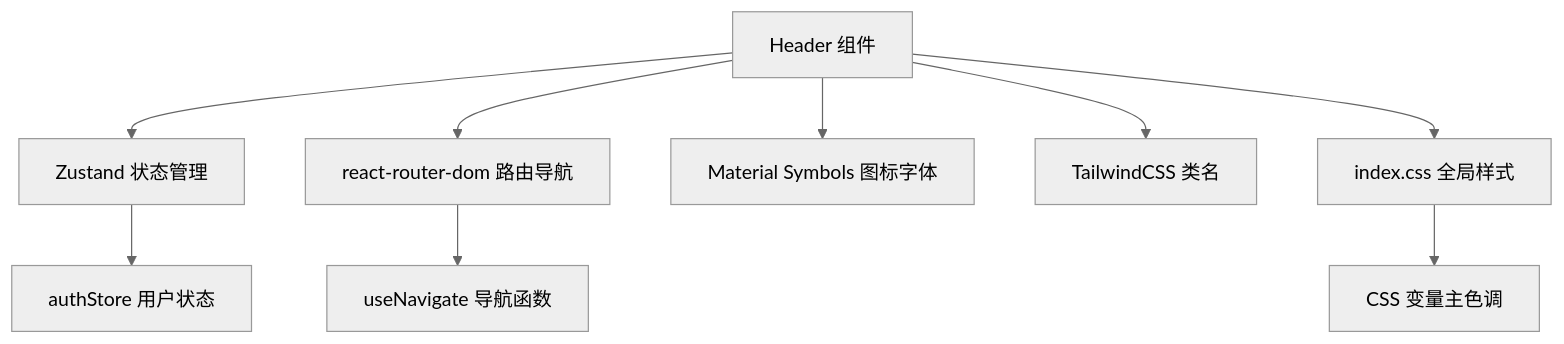
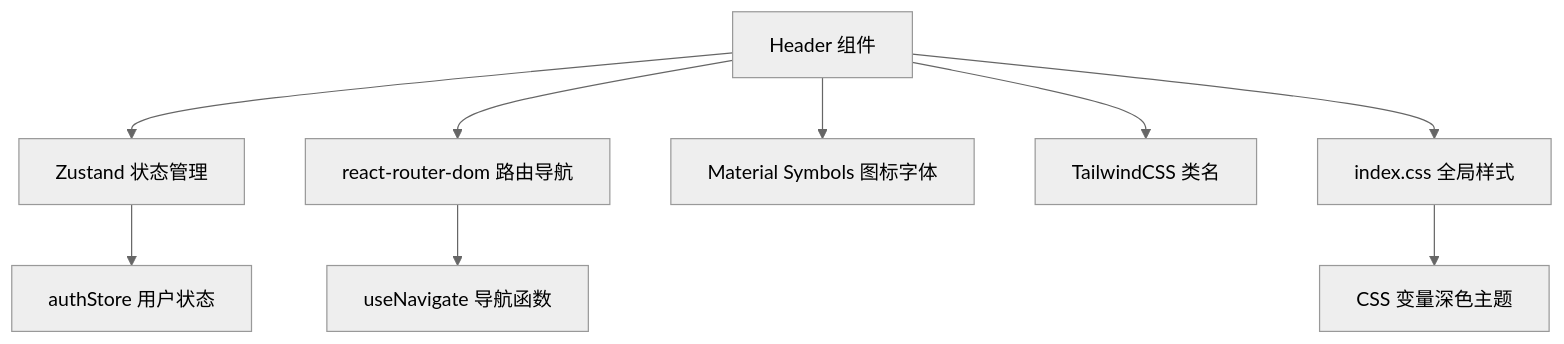
One commit to xianjianshenqu/SalesFlow-CRM changed the seventh of 7 diagrams in .qoder/repowiki/zh/content/核心组件/头部组件 (Header).md. Above: the diagram before and after it, drawn with Mermaid (neutral theme). The commit also changed other lines of this file and 9 other files, not shown here.

````diff
--- a/.qoder/repowiki/zh/content/核心组件/头部组件 (Header).md
+++ b/.qoder/repowiki/zh/content/核心组件/头部组件 (Header).md
@@ -302,11 +295,11 @@
 ```mermaid
 graph TB
 H["Header 组件"] --> ZS["Zustand 状态管理"]
 H --> RR["react-router-dom 路由导航"]
 H --> MS["Material Symbols 图标字体"]
 H --> TW["TailwindCSS 类名"]
 H --> CS["index.css 全局样式"]
-CS --> PV["CSS 变量主色调"]
+CS --> PV["CSS 变量深色主题"]
 ZS --> AS["authStore 用户状态"]
 RR --> NAV["useNavigate 导航函数"]
 ```
````
